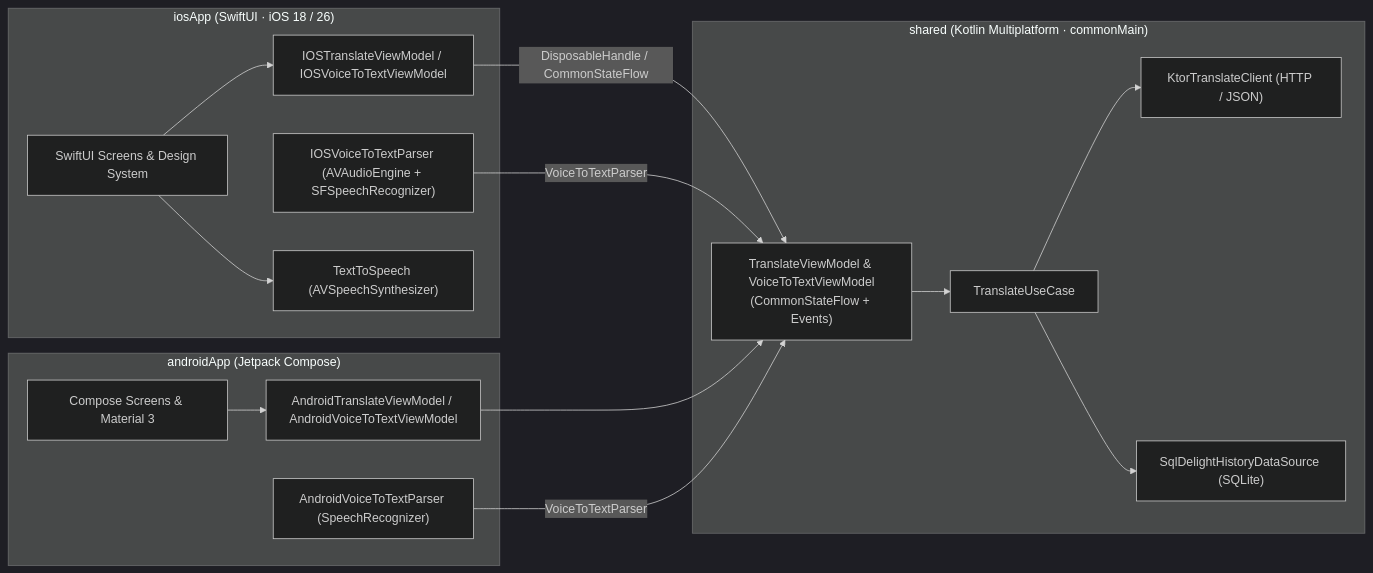
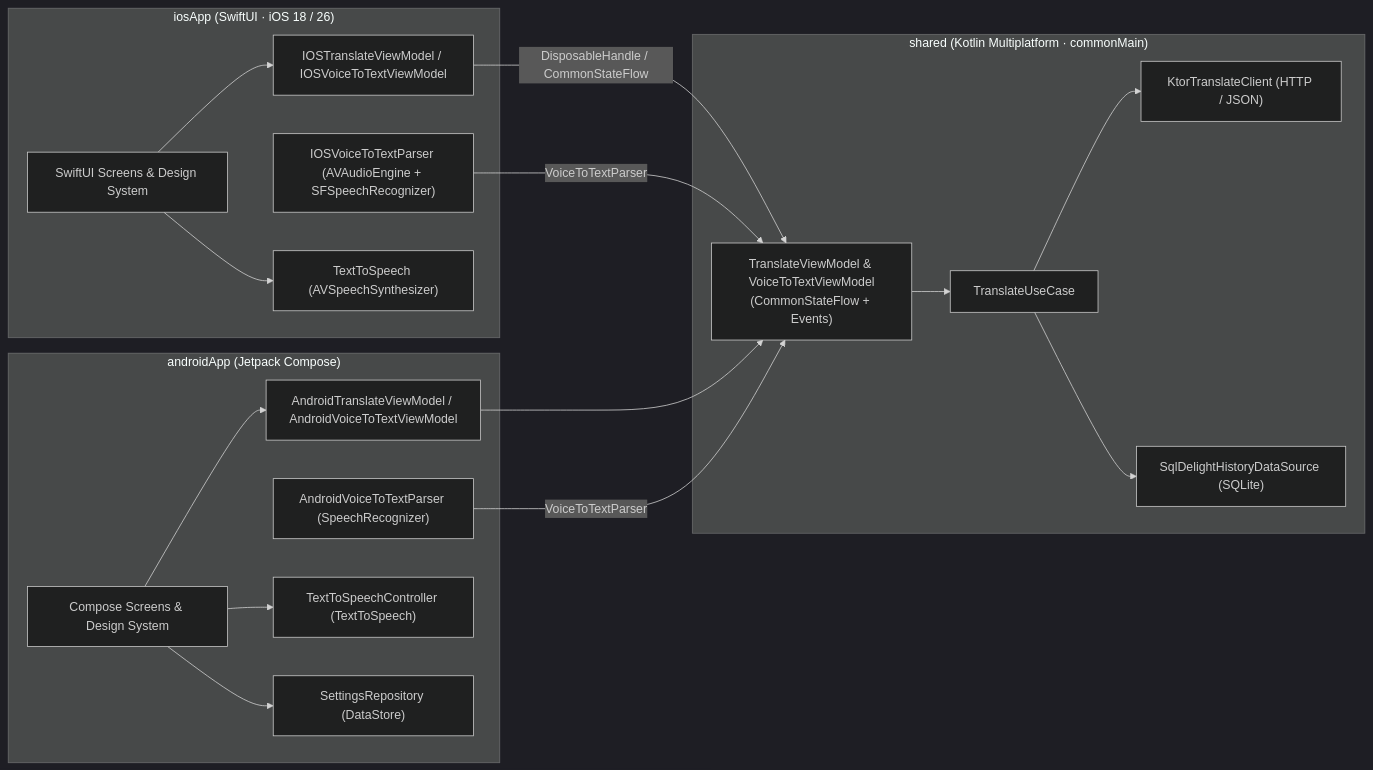
One commit to enzoftware/KMMTranslator changed the diagram in README.md. Above: the diagram before and after it, drawn with Mermaid (dark theme). The commit also changed other lines of this file and 103 other files, not shown here.

````diff
--- a/README.md
+++ b/README.md
@@ -38,35 +51,39 @@
 ```mermaid
 flowchart LR
     subgraph iOS ["iosApp (SwiftUI · iOS 18 / 26)"]
         iUI["SwiftUI Screens & Design System"]
         iVM["IOSTranslateViewModel / IOSVoiceToTextViewModel"]
         iSpeech["IOSVoiceToTextParser (AVAudioEngine + SFSpeechRecognizer)"]
         iTTS["TextToSpeech (AVSpeechSynthesizer)"]
     end
 
     subgraph Shared ["shared (Kotlin Multiplatform · commonMain)"]
         sVM["TranslateViewModel & VoiceToTextViewModel\n(CommonStateFlow + Events)"]
         sUC["TranslateUseCase"]
         sNet["KtorTranslateClient (HTTP / JSON)"]
         sDB["SqlDelightHistoryDataSource (SQLite)"]
     end
 
     subgraph Android ["androidApp (Jetpack Compose)"]
-        aUI["Compose Screens & Material 3"]
+        aUI["Compose Screens & Design System"]
         aVM["AndroidTranslateViewModel / AndroidVoiceToTextViewModel"]
         aSpeech["AndroidVoiceToTextParser (SpeechRecognizer)"]
+        aTTS["TextToSpeechController (TextToSpeech)"]
+        aSettings["SettingsRepository (DataStore)"]
     end
 
     iUI --> iVM
     iUI --> iTTS
     iVM -->|"DisposableHandle / CommonStateFlow"| sVM
     iSpeech -->|"VoiceToTextParser"| sVM
 
     aUI --> aVM
+    aUI --> aTTS
+    aUI --> aSettings
     aVM --> sVM
     aSpeech -->|"VoiceToTextParser"| sVM
 
     sVM --> sUC
     sUC --> sNet
     sUC --> sDB
 ```
````
